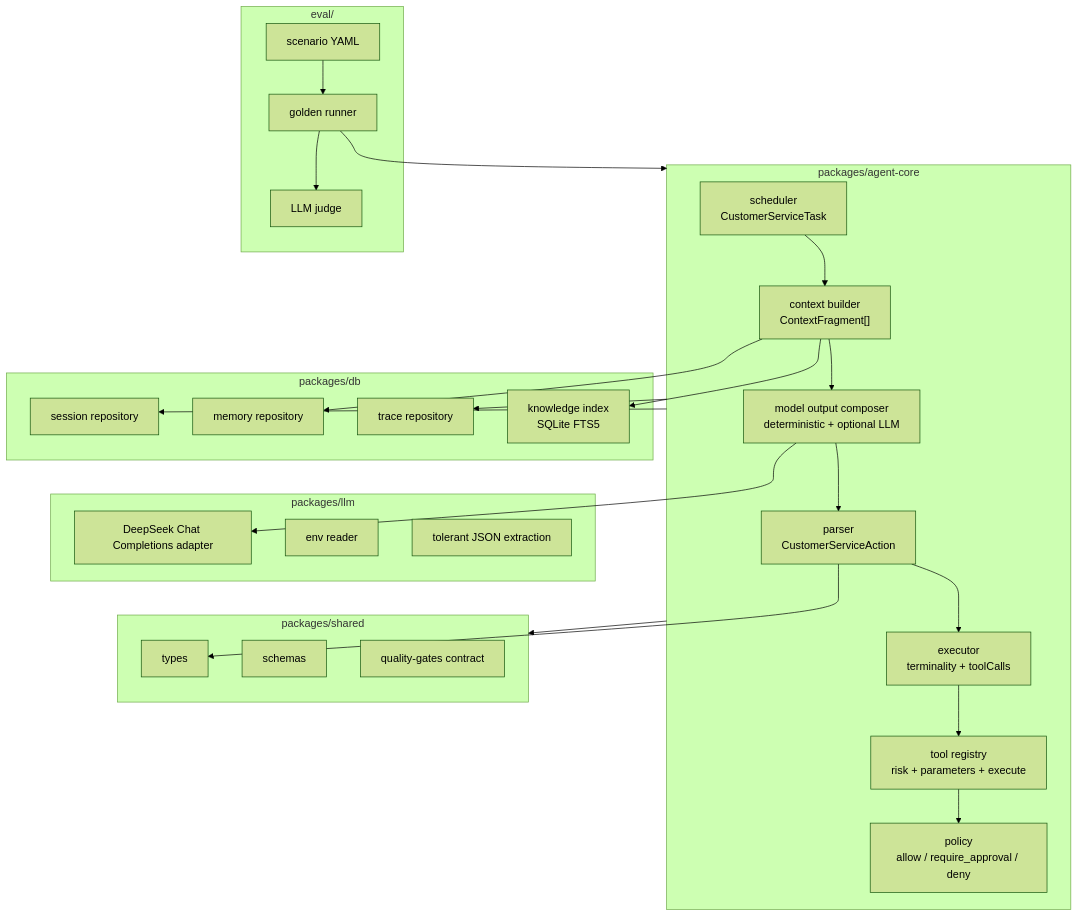
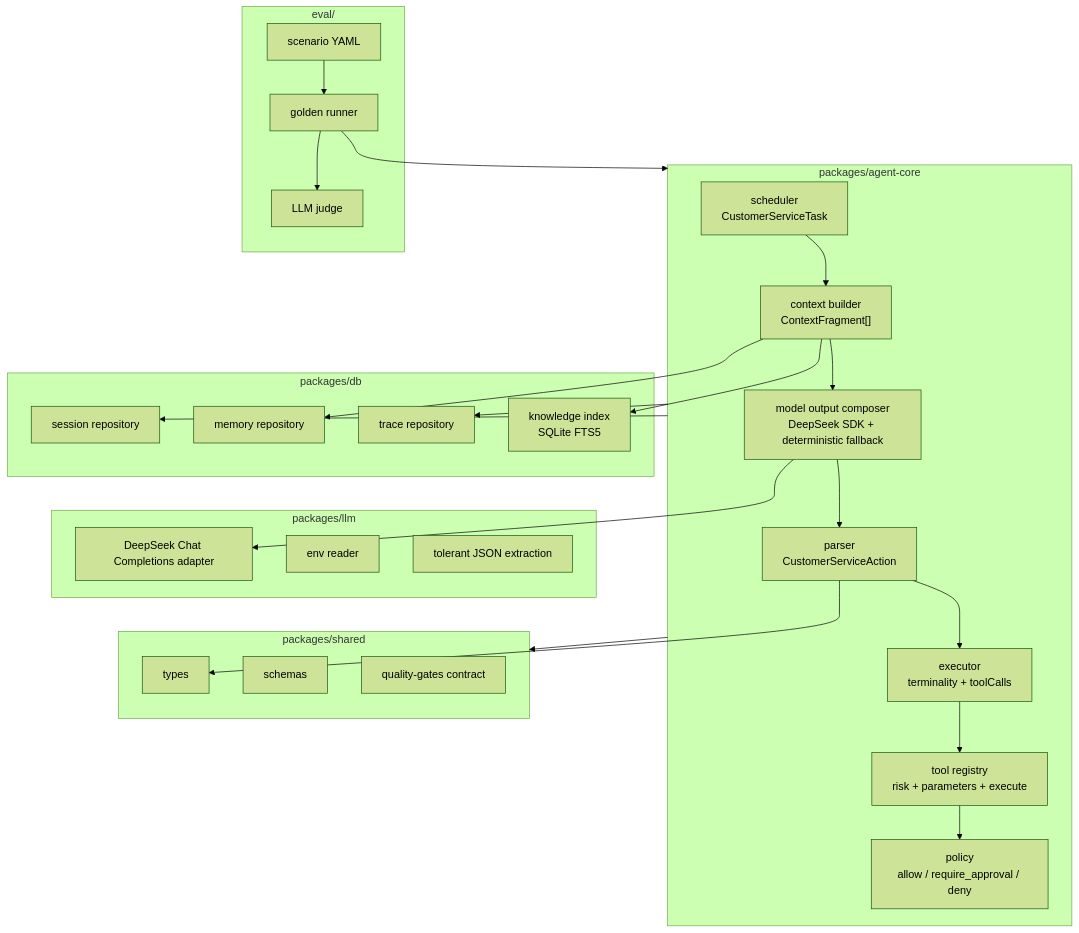
Before and after one commit to ImWenyaoT/chatty: the third of 7 diagrams in docs/current-architecture.md, drawn with Mermaid (forest theme). The commit also changed other lines of this file and 7 other files, not shown here.

Commit message:
fix(llm): enable deepseek sdk lane by default

````diff
--- a/docs/current-architecture.md
+++ b/docs/current-architecture.md
@@ -120,50 +120,50 @@
 ```mermaid
 flowchart TD
   subgraph Core["packages/agent-core"]
     S["scheduler<br/>CustomerServiceTask"]
     C["context builder<br/>ContextFragment[]"]
-    M["model output composer<br/>deterministic + optional LLM"]
+    M["model output composer<br/>DeepSeek SDK + deterministic fallback"]
     P["parser<br/>CustomerServiceAction"]
     E["executor<br/>terminality + toolCalls"]
     R["tool registry<br/>risk + parameters + execute"]
     Policy["policy<br/>allow / require_approval / deny"]
   end
 
   subgraph DB["packages/db"]
     Sessions["session repository"]
     Memories["memory repository"]
     Traces["trace repository"]
     KIndex["knowledge index<br/>SQLite FTS5"]
   end
 
   subgraph LLM["packages/llm"]
     Chat["DeepSeek Chat Completions adapter"]
     Env["env reader"]
     JSON["tolerant JSON extraction"]
   end
 
   subgraph Shared["packages/shared"]
     Types["types"]
     Schemas["schemas"]
     Gates["quality-gates contract"]
   end
 
   subgraph Eval["eval/"]
     Runner["golden runner"]
     Judge["LLM judge"]
     Golden["scenario YAML"]
   end
 
   S --> C --> M --> P --> E
   E --> R --> Policy
   C --> Memories
   C --> KIndex
   M --> Chat
   P --> Types
   Runner --> Core
   Runner --> Judge
   Golden --> Runner
   Core --> Traces
   Core --> Sessions
   Core --> Shared
 ```
````
